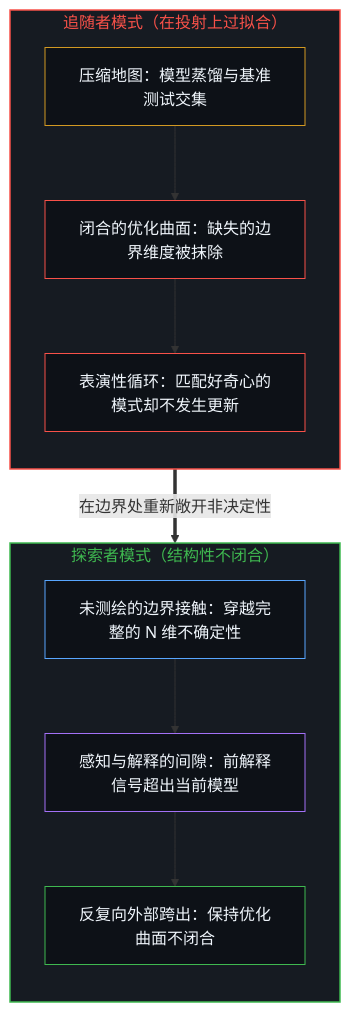
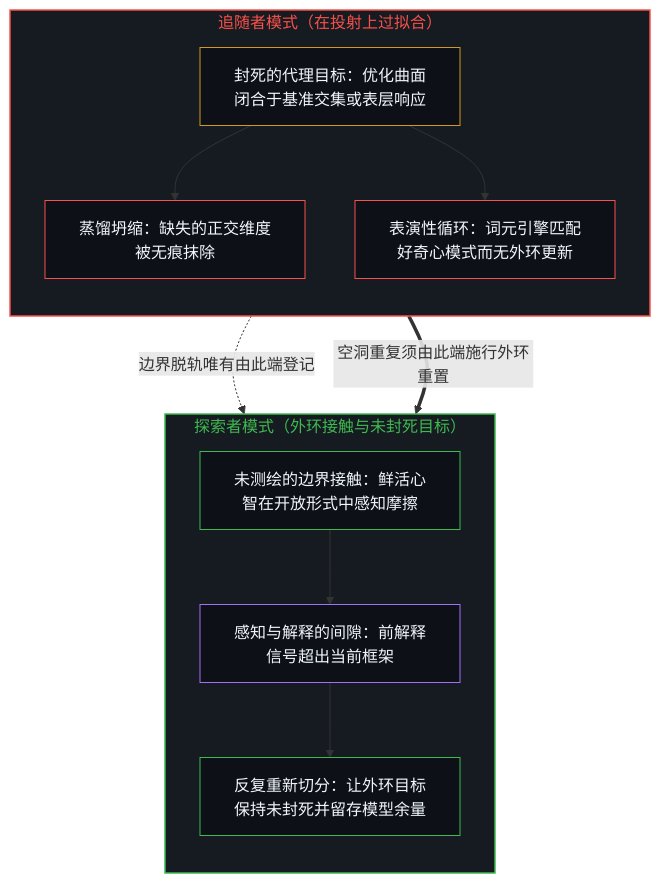
Before and after one commit to powerpig99/not-a-toe: the first of 2 diagrams in content/posts/overfitting-as-the-follower-mode.md, drawn with Mermaid. The commit also changed other lines of this file and 5 other files, not shown here.

````diff
--- a/content/posts/overfitting-as-the-follower-mode.md
+++ b/content/posts/overfitting-as-the-follower-mode.md
@@ -39,26 +39,28 @@
 ```mermaid
 flowchart TD
     subgraph S_Follower["追随者模式（在投射上过拟合）"]
         direction TB
-        F_Map["压缩地图：模型蒸馏与基准测试交集"]
-        F_Close["闭合的优化曲面：缺失的边界维度被抹除"]
-        F_Perf["表演性循环：匹配好奇心的模式却不发生更新"]
-        F_Map --> F_Close --> F_Perf
+        F_Close["封死的代理目标：优化曲面闭合于基准交集或表层响应"]
+        F_Map["蒸馏坍缩：缺失的正交维度被无痕抹除"]
+        F_Perf["表演性循环：词元引擎匹配好奇心模式而无外环更新"]
+        F_Close --> F_Map
+        F_Close --> F_Perf
     end
-    subgraph S_Explorer["探索者模式（结构性不闭合）"]
+    subgraph S_Explorer["探索者模式（外环接触与未封死目标）"]
         direction TB
-        E_Edge["未测绘的边界接触：穿越完整的 N 维不确定性"]
-        E_Gap["感知与解释的间隙：前解释信号超出当前模型"]
-        E_Step["反复向外部跨出：保持优化曲面不闭合"]
+        E_Edge["未测绘的边界接触：鲜活心智在开放形式中感知摩擦"]
+        E_Gap["感知与解释的间隙：前解释信号超出当前框架"]
+        E_Step["反复重新切分：让外环目标保持未封死并留存模型余量"]
         E_Edge --> E_Gap --> E_Step
     end
-    F_Perf ==>|"在边界处重新敞开非决定性"| E_Edge
+    F_Map -.->|"边界脱轨唯有由此端登记"| E_Edge
+    F_Perf ==>|"空洞重复须由此端施行外环重置"| E_Edge
     style S_Follower fill:#161b22,stroke:#f85149,stroke-width:1.5px,color:#f85149
     style S_Explorer fill:#161b22,stroke:#3fb950,stroke-width:1.5px,color:#3fb950
-    style F_Map fill:#0d1117,stroke:#d29922,stroke-width:1px,color:#f0f6fc
-    style F_Close fill:#0d1117,stroke:#f85149,stroke-width:1px,color:#f0f6fc
+    style F_Close fill:#0d1117,stroke:#d29922,stroke-width:1px,color:#f0f6fc
+    style F_Map fill:#0d1117,stroke:#f85149,stroke-width:1px,color:#f0f6fc
     style F_Perf fill:#0d1117,stroke:#f85149,stroke-width:1px,color:#f0f6fc
-    style E_Edge fill:#0d1117,stroke:#58a6ff,stroke-width:1px,color:#f0f6fc
+    style E_Edge fill:#0d1117,stroke:#3fb950,stroke-width:1px,color:#f0f6fc
     style E_Gap fill:#0d1117,stroke:#a371f7,stroke-width:1px,color:#f0f6fc
     style E_Step fill:#0d1117,stroke:#3fb950,stroke-width:1px,color:#f0f6fc
 ```
````
